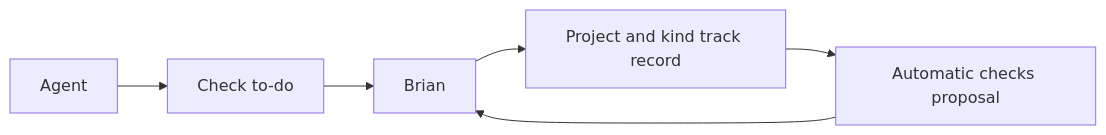
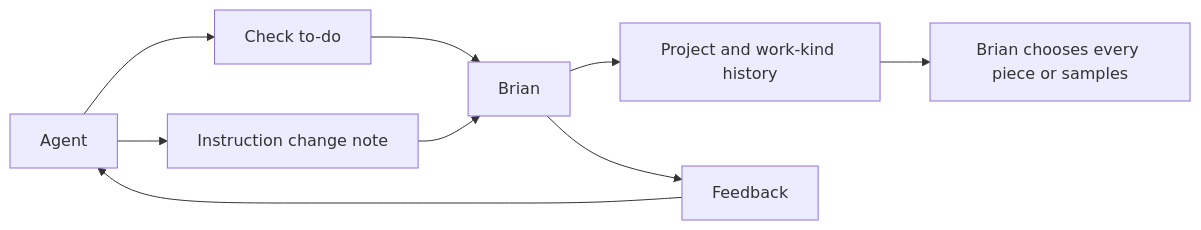
Before and after one commit to appboypov/multica: the diagram in specs/openspec/changes/check-todos-trust/proposal.md, drawn with Mermaid. The commit also changed other lines of this file and 17 other files, not shown here.

````diff
--- a/specs/openspec/changes/check-todos-trust/proposal.md
+++ b/specs/openspec/changes/check-todos-trust/proposal.md
@@ -5,8 +5,11 @@
 ```mermaid
 flowchart LR
   Agent --> Check[Check to-do]
   Check --> Brian
-  Brian --> Record[Project and kind track record]
-  Record --> Proposal[Automatic checks proposal]
-  Proposal --> Brian
+  Brian --> Record[Project and work-kind history]
+  Record --> Choice[Brian chooses every piece or samples]
+  Brian --> Feedback[Feedback]
+  Feedback --> Agent
+  Agent --> Note[Instruction change note]
+  Note --> Brian
 ```
````
